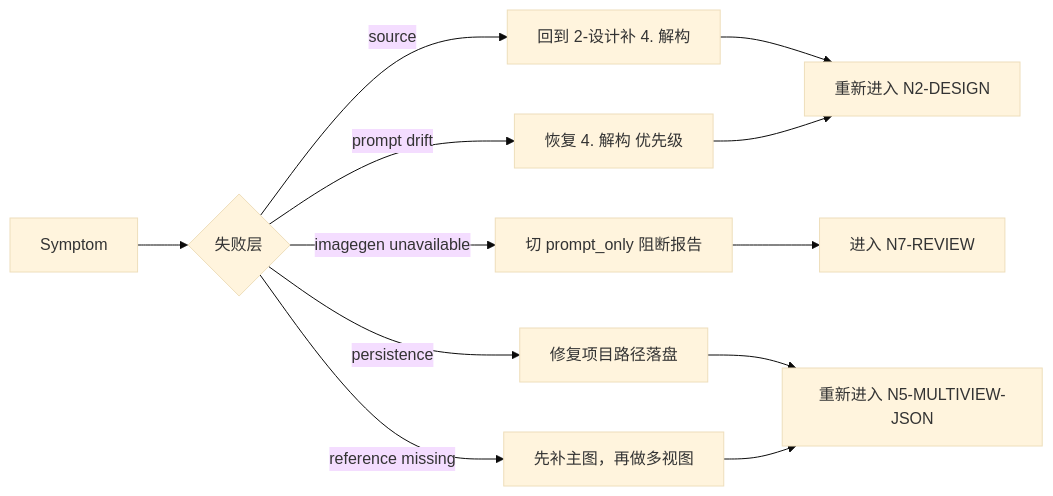
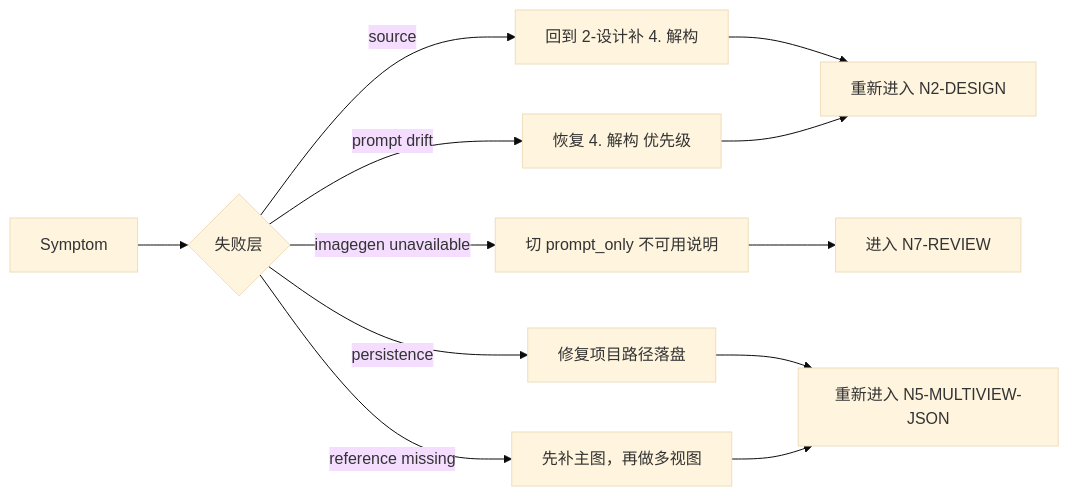
Before and after one commit to ZEN-VOID/AI-CUT: the third of 3 diagrams in .agents/skills/aigc/7-设计/角色/3-生成/steps/character-generation-workflow.md, drawn with Mermaid (base theme). The commit also changed other lines of this file and 137 other files, not shown here.

````diff
--- a/.agents/skills/aigc/7-设计/角色/3-生成/steps/character-generation-workflow.md
+++ b/.agents/skills/aigc/7-设计/角色/3-生成/steps/character-generation-workflow.md
@@ -44,14 +44,14 @@
 ```mermaid
 flowchart LR
     A["Symptom"] --> B{"失败层"}
     B -->|"source"| C["回到 2-设计补 4. 解构"]
     B -->|"prompt drift"| D["恢复 4. 解构 优先级"]
-    B -->|"imagegen unavailable"| E["切 prompt_only 阻断报告"]
+    B -->|"imagegen unavailable"| E["切 prompt_only 不可用说明"]
     B -->|"persistence"| F["修复项目路径落盘"]
     B -->|"reference missing"| G["先补主图，再做多视图"]
     C --> H["重新进入 N2-DESIGN"]
     D --> H
     E --> I["进入 N7-REVIEW"]
     F --> J["重新进入 N5-MULTIVIEW-JSON"]
     G --> J
 ```
````
